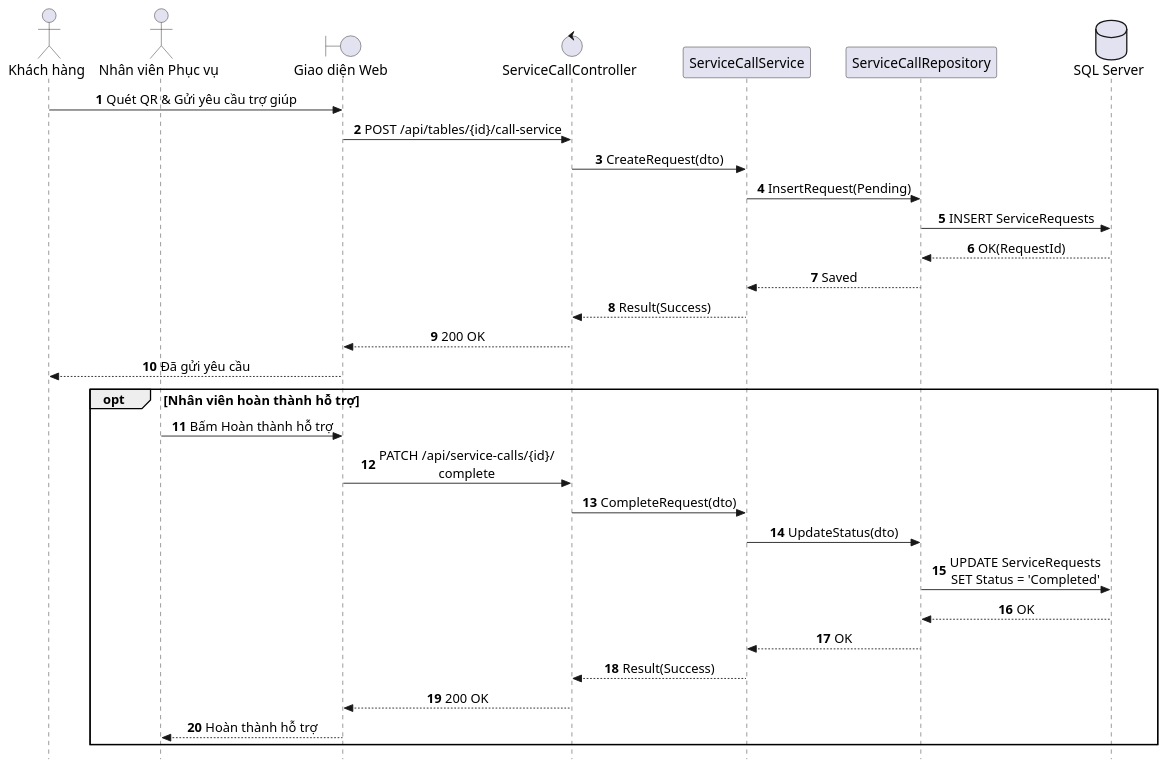
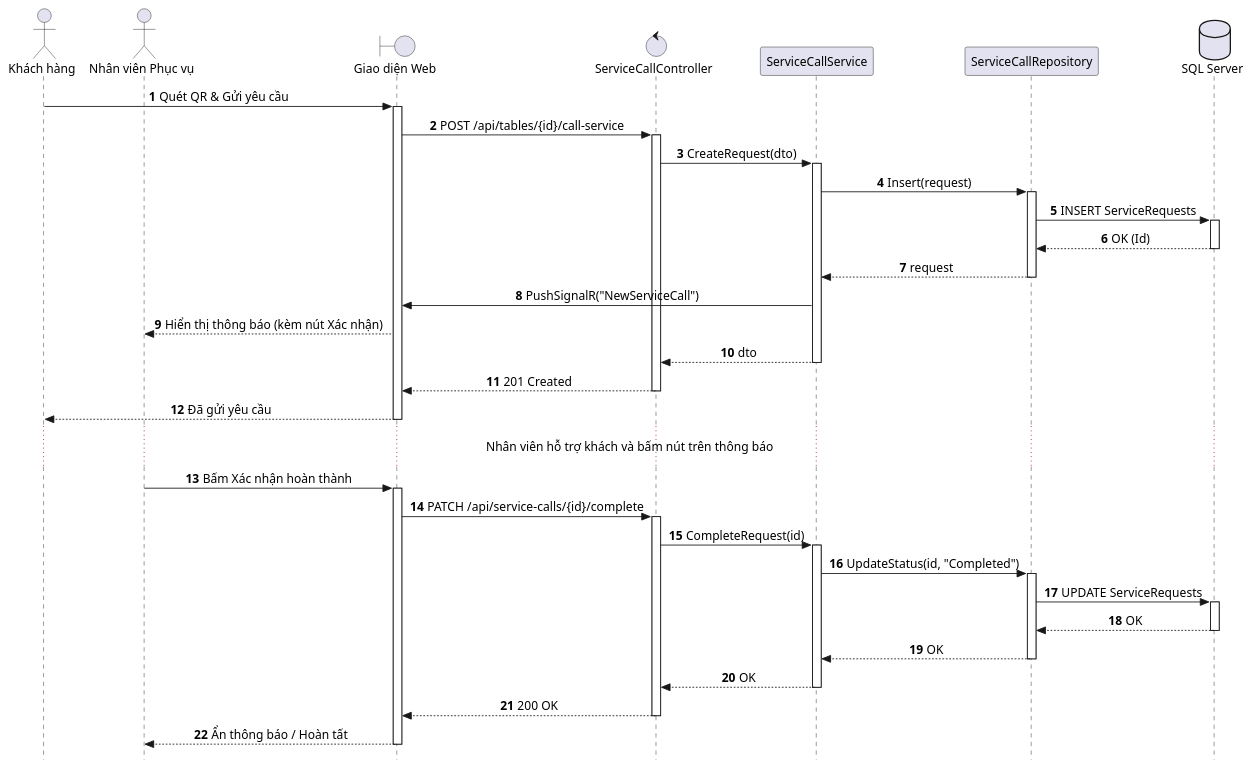
One commit to AndrewQng/VinDining changed the diagram in docs/puml/sequences/SD_UC_U2_Call_Service_QR.puml. Above: the diagram before and after it, drawn with PlantUML. The commit also changed 71 other files, not shown here.

Commit message:
Sequence 50%

```diff
--- a/docs/puml/sequences/SD_UC_U2_Call_Service_QR.puml
+++ b/docs/puml/sequences/SD_UC_U2_Call_Service_QR.puml
@@ -1,45 +1,80 @@
 @startuml SD_UC_U2_Call_Service_QR
 autonumber
 skinparam style strictuml
 skinparam sequenceMessageAlign center
 skinparam responseMessageBelowArrow true
 skinparam defaultFontName "Segoe UI", Arial, sans-serif
-skinparam defaultFontSize 16
-skinparam sequenceActorFontSize 16
-skinparam sequenceParticipantFontSize 16
-skinparam sequenceArrowFontSize 15
-skinparam sequenceGroupFontSize 15
-skinparam sequenceGroupHeaderFontSize 15
+skinparam defaultFontSize 14
 
 actor "Khách hàng" as Guest
 actor "Nhân viên Phục vụ" as Waitstaff
 boundary "Giao diện Web" as UI
 control "ServiceCallController" as Controller
 participant "ServiceCallService" as Service
 participant "ServiceCallRepository" as Repo
 database "SQL Server" as DB
 
-Guest -> UI: Quét QR & Gửi yêu cầu trợ giúp
+Guest -> UI: Quét QR & Gửi yêu cầu
+activate UI
+
 UI -> Controller: POST /api/tables/{id}/call-service
+activate Controller
+
 Controller -> Service: CreateRequest(dto)
-Service -> Repo: InsertRequest(Pending)
+activate Service
+
+Service -> Repo: Insert(request)
+activate Repo
+
 Repo -> DB: INSERT ServiceRequests
-DB --> Repo: OK(RequestId)
-Repo --> Service: Saved
-Service --> Controller: Result(Success)
+activate DB
+DB --> Repo: OK (Id)
+deactivate DB
+
+Repo --> Service: request
+deactivate Repo
+
+Service -> UI: PushSignalR("NewServiceCall")
+UI --> Waitstaff: Hiển thị thông báo (kèm nút Xác nhận)
+
+Service --> Controller: dto
+deactivate Service
+
+Controller --> UI: 201 Created
+deactivate Controller
+
+UI --> Guest: Đã gửi yêu cầu
+deactivate UI
+
+... Nhân viên hỗ trợ khách và bấm nút trên thông báo ...
+
+Waitstaff -> UI: Bấm Xác nhận hoàn thành
+activate UI
+
+UI -> Controller: PATCH /api/service-calls/{id}/complete
+activate Controller
+
+Controller -> Service: CompleteRequest(id)
+activate Service
+
+Service -> Repo: UpdateStatus(id, "Completed")
+activate Repo
+
+Repo -> DB: UPDATE ServiceRequests
+activate DB
+DB --> Repo: OK
+deactivate DB
+
+Repo --> Service: OK
+deactivate Repo
+
+Service --> Controller: OK
+deactivate Service
+
 Controller --> UI: 200 OK
-UI --> Guest: Đã gửi yêu cầu
+deactivate Controller
 
-opt Nhân viên hoàn thành hỗ trợ
-    Waitstaff -> UI: Bấm Hoàn thành hỗ trợ
-    UI -> Controller: PATCH /api/service-calls/{id}/\ncomplete
-    Controller -> Service: CompleteRequest(dto)
-    Service -> Repo: UpdateStatus(dto)
-    Repo -> DB: UPDATE ServiceRequests\nSET Status = 'Completed'
-    DB --> Repo: OK
-    Repo --> Service: OK
-    Service --> Controller: Result(Success)
-    Controller --> UI: 200 OK
-    UI --> Waitstaff: Hoàn thành hỗ trợ
-end
+UI --> Waitstaff: Ẩn thông báo / Hoàn tất
+deactivate UI
+
 @enduml
```
